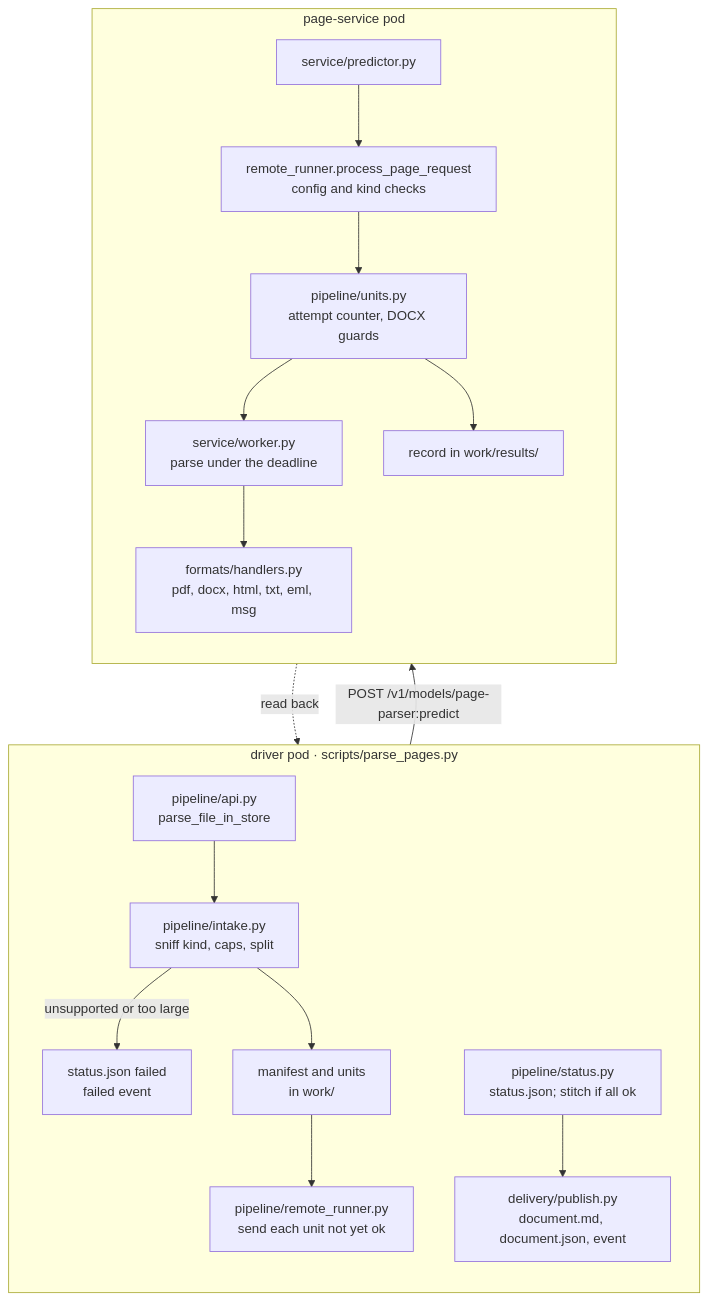
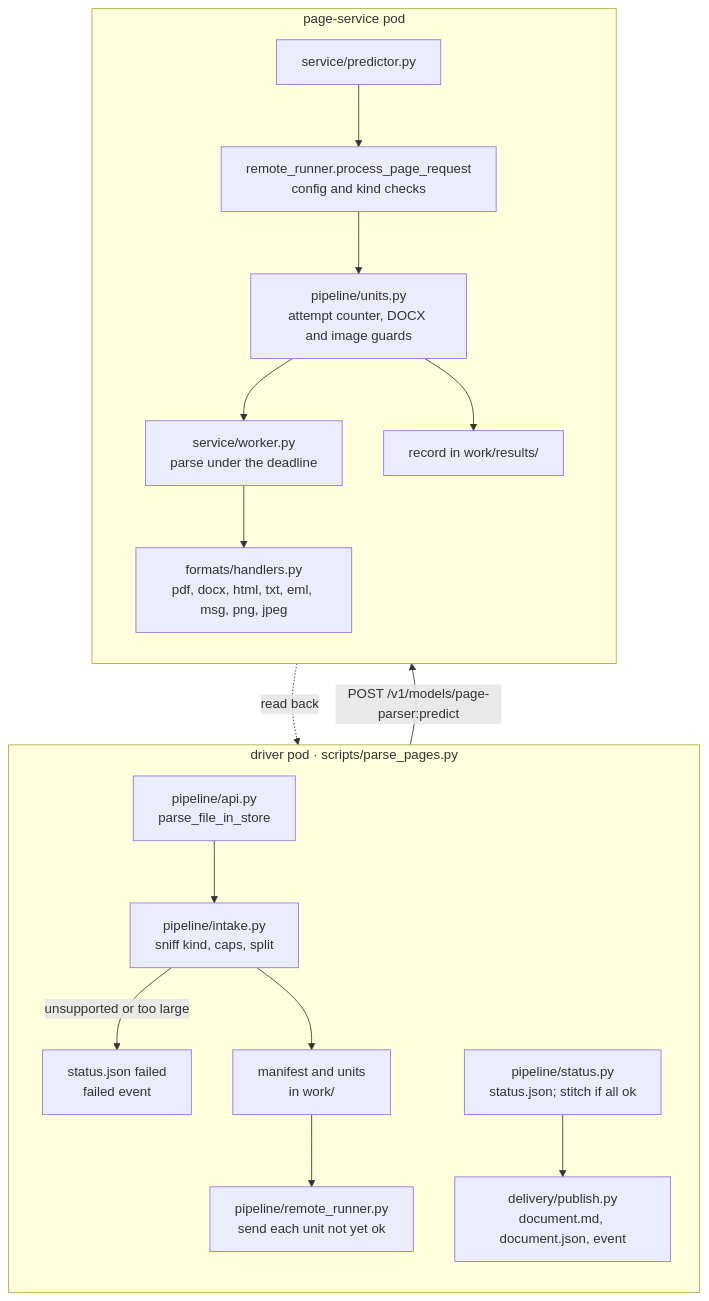
The second of 3 diagrams in docs/architecture.md (anguyenbus/doc-parser), drawn with Mermaid before and after one commit. The commit also changed other lines of this file and 18 other files, not shown here.

First line of the commit message:
Accept PNG and JPEG in the page pipeline

````diff
--- a/docs/architecture.md
+++ b/docs/architecture.md
@@ -71,21 +72,21 @@
 ```mermaid
 flowchart TB
     subgraph DRV["driver pod · scripts/parse_pages.py"]
         direction TB
         A["pipeline/api.py<br/>parse_file_in_store"] --> I["pipeline/intake.py<br/>sniff kind, caps, split"]
         I -- "unsupported or too large" --> X["status.json failed<br/>failed event"]
         I --> M["manifest and units<br/>in work/"]
         M --> R["pipeline/remote_runner.py<br/>send each unit not yet ok"]
         S["pipeline/status.py<br/>status.json; stitch if all ok"] --> P["delivery/publish.py<br/>document.md, document.json, event"]
     end
     subgraph SVC["page-service pod"]
         direction TB
         PR["service/predictor.py"] --> PPR["remote_runner.process_page_request<br/>config and kind checks"]
-        PPR --> U["pipeline/units.py<br/>attempt counter, DOCX guards"]
+        PPR --> U["pipeline/units.py<br/>attempt counter, DOCX and image guards"]
         U --> W["service/worker.py<br/>parse under the deadline"]
-        W --> H["formats/handlers.py<br/>pdf, docx, html, txt, eml, msg"]
+        W --> H["formats/handlers.py<br/>pdf, docx, html, txt, eml, msg, png, jpeg"]
         U --> REC["record in work/results/"]
     end
     R -- "POST /v1/models/page-parser:predict" --> PR
     REC -. "read back" .-> S
 ```
````
